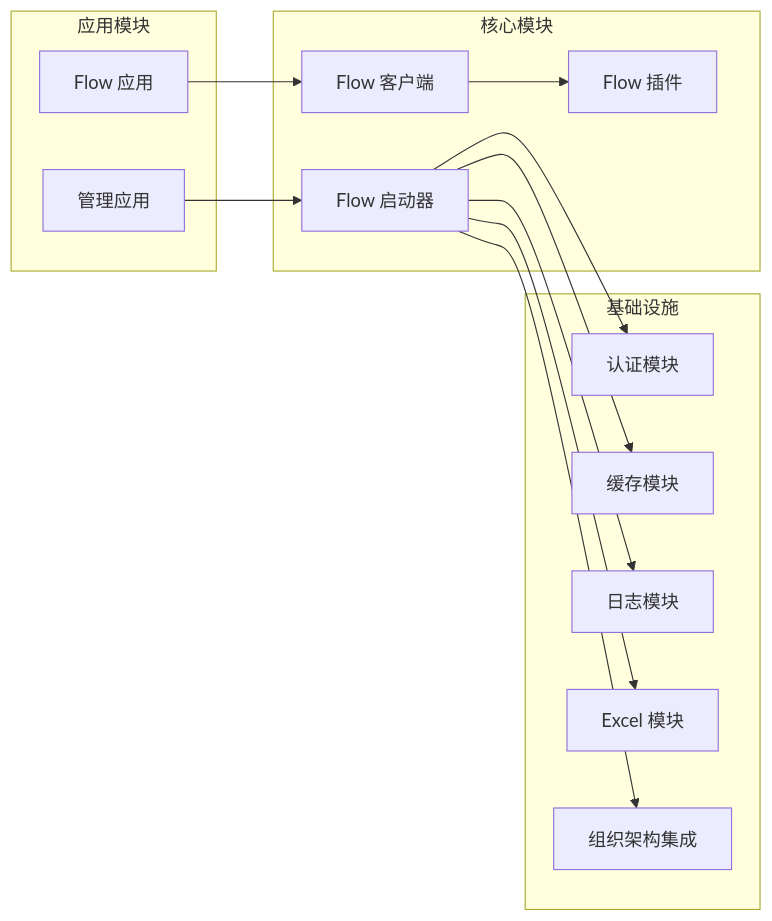
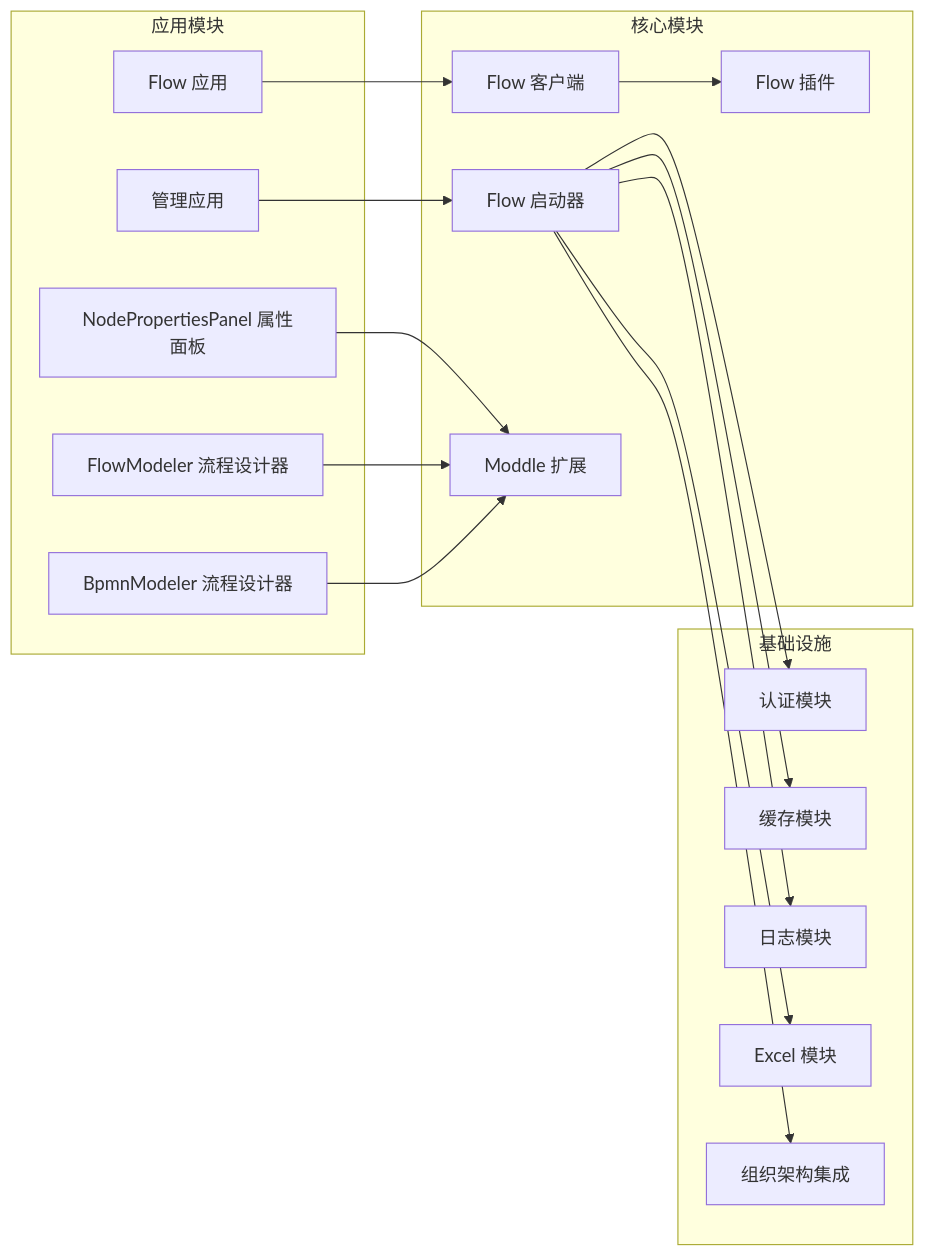
Diagram 20 of 20 in .qoder/repowiki/zh/content/Flow 设计模块.md (yaomindong1996/forge-admin), drawn with Mermaid before and after one commit. The commit also changed other lines of this file and 76 other files, not shown here.

````diff
--- a/.qoder/repowiki/zh/content/Flow 设计模块.md
+++ b/.qoder/repowiki/zh/content/Flow 设计模块.md
@@ -830,27 +1005,34 @@
 ```mermaid
 graph LR
 subgraph "应用模块"
 FlowApp[Flow 应用]
 AdminApp[管理应用]
+NodePropertiesPanel[NodePropertiesPanel 属性面板]
+FlowModeler[FlowModeler 流程设计器]
+BpmnModeler[BpmnModeler 流程设计器]
 end
 subgraph "核心模块"
 FlowClient[Flow 客户端]
 Starter[Flow 启动器]
 Plugin[Flow 插件]
+Moddle[Moddle 扩展]
 end
 subgraph "基础设施"
 Auth[认证模块]
 Cache[缓存模块]
 Log[日志模块]
 Excel[Excel 模块]
 Org[组织架构集成]
 end
 FlowApp --> FlowClient
 AdminApp --> Starter
+NodePropertiesPanel --> Moddle
+FlowModeler --> Moddle
+BpmnModeler --> Moddle
 FlowClient --> Plugin
 Starter --> Auth
 Starter --> Cache
 Starter --> Log
 Starter --> Excel
 Starter --> Org
 ```
````
